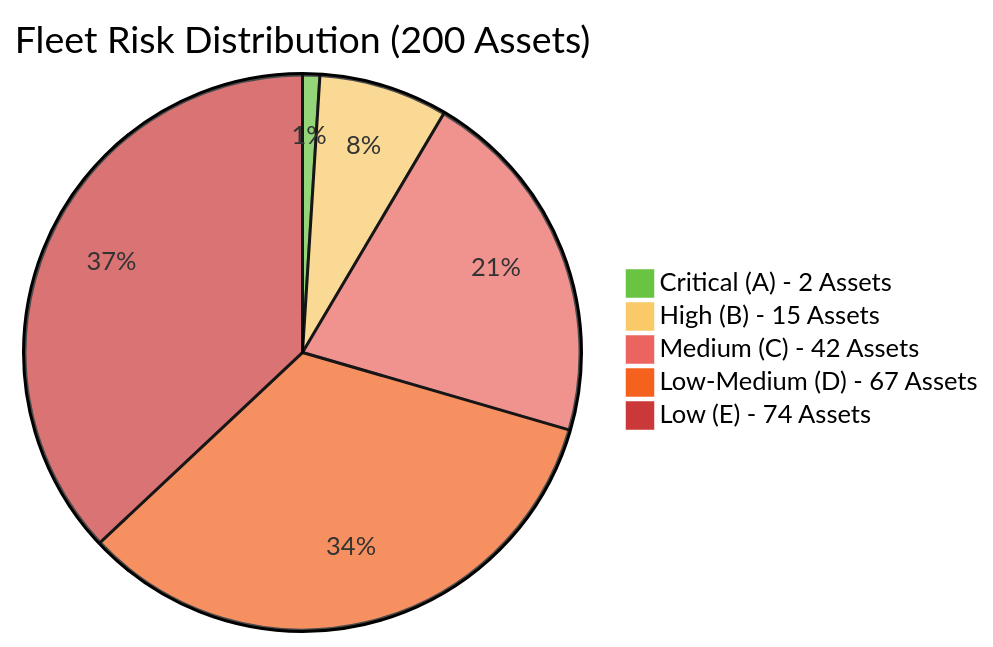
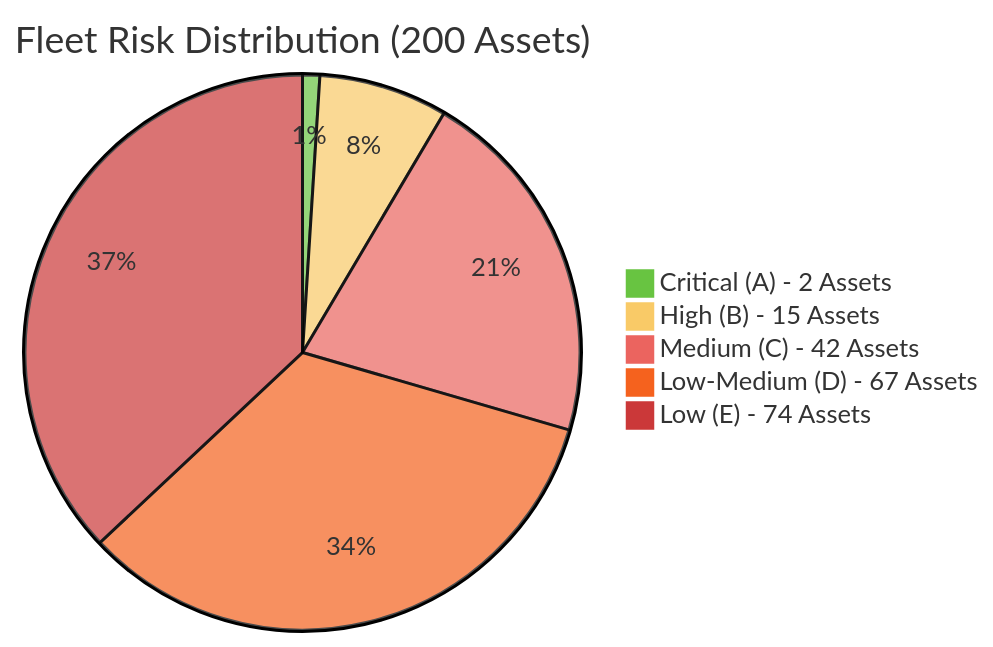
The first of 4 diagrams in risk_assessment_report/monthly_report_otto_argos_style.md (StephanieHepp/Risk-Assessment), drawn with Mermaid before and after one commit.

````diff
--- a/risk_assessment_report/monthly_report_otto_argos_style.md
+++ b/risk_assessment_report/monthly_report_otto_argos_style.md
@@ -14,9 +14,9 @@
 ```mermaid
-%%{init: {'theme':'default', 'themeVariables': {'pie5':'#CB3839', 'pie4':'#F5621E', 'pie3':'#EB645F', 'pie2':'#F9CA67','pie1':'#68C441','primaryTextColor':'#333', 'primaryBorderColor':'#ddd'}}}%%
+%%{init: {'theme':'base', 'themeVariables': {'pie5':'#CB3839', 'pie4':'#F5621E', 'pie3':'#EB645F', 'pie2':'#F9CA67','pie1':'#68C441'}}}%%
 pie title Fleet Risk Distribution (200 Assets)
     "Critical (A) - 2 Assets" : 2
     "High (B) - 15 Assets" : 15
     "Medium (C) - 42 Assets" : 42
     "Low-Medium (D) - 67 Assets" : 67
     "Low (E) - 74 Assets" : 74
 ```
````
